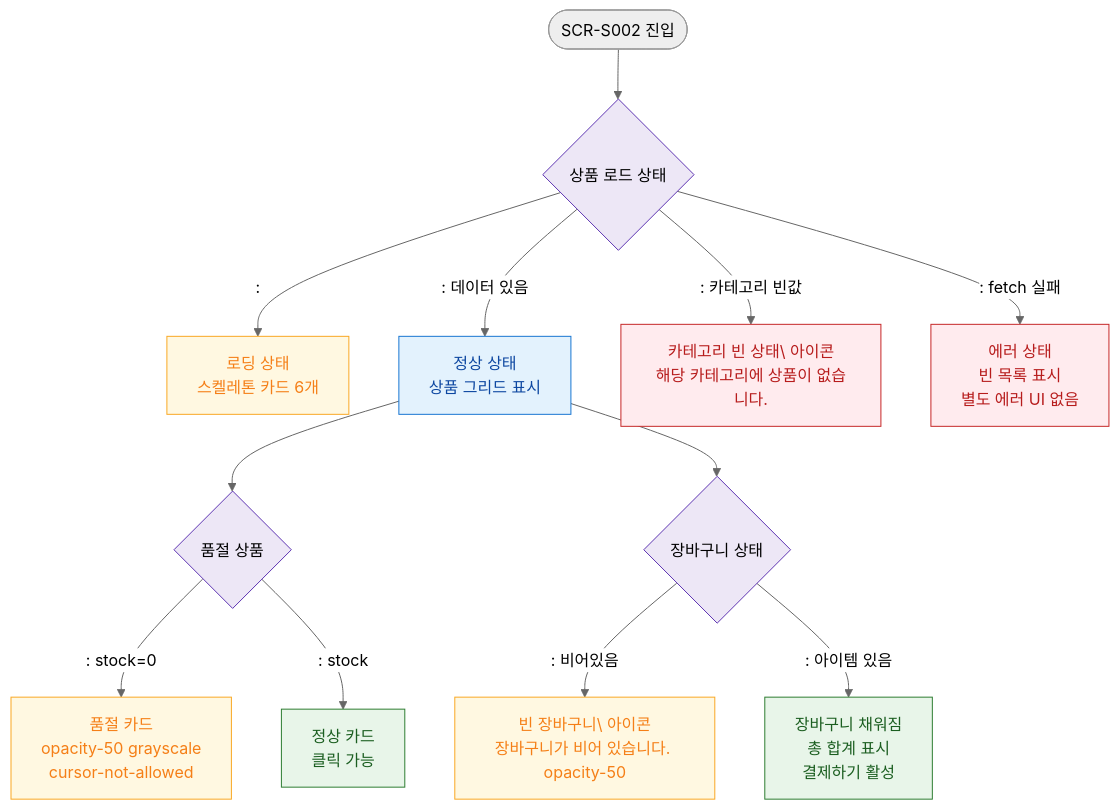
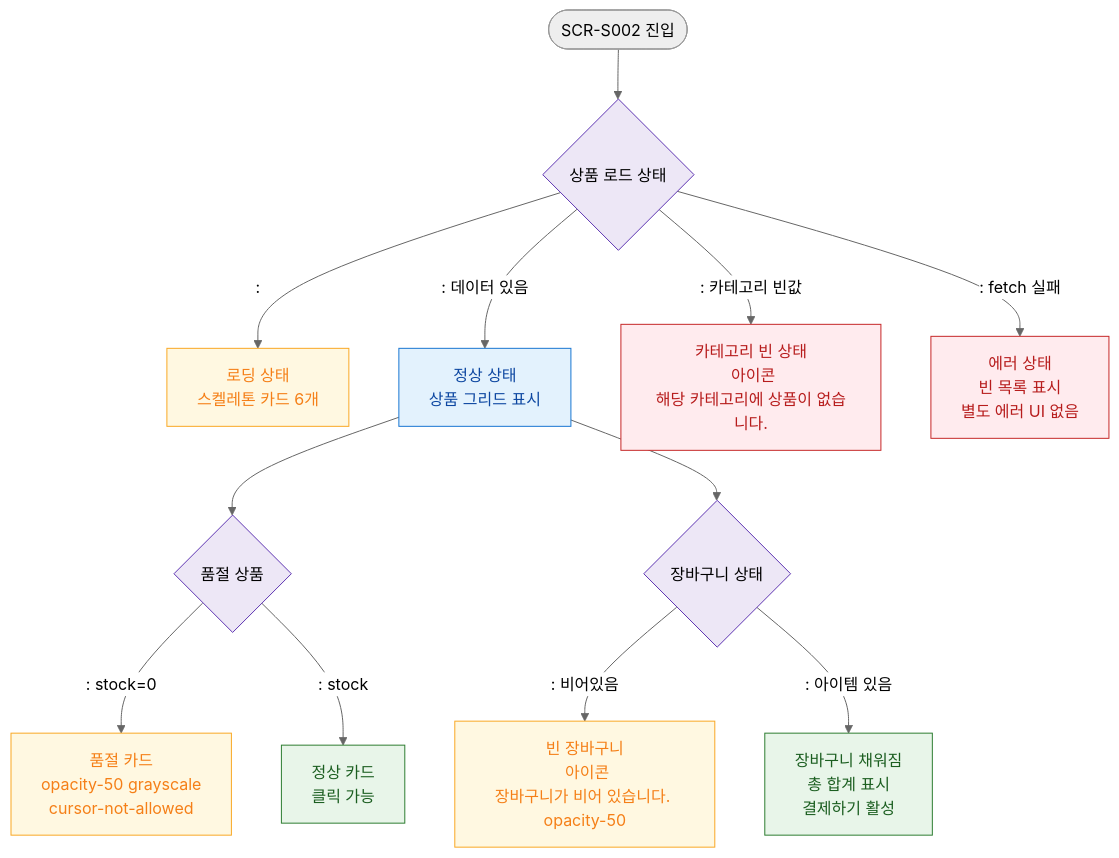
The diagram in docs/admin/다이어그램/D03_매출관리/SCR-S002_POS판매/F6_상태별.md (dev-spogym/admin-pando), drawn with Mermaid (neutral theme) before and after one commit. The commit also changed 369 other files, not shown here.

````diff
--- a/docs/admin/다이어그램/D03_매출관리/SCR-S002_POS판매/F6_상태별.md
+++ b/docs/admin/다이어그램/D03_매출관리/SCR-S002_POS판매/F6_상태별.md
@@ -18,29 +18,29 @@
 ```mermaid
 flowchart TD
     ENTRY([SCR-S002 진입]) --> PROD_LOAD{상품 로드 상태}
 
     PROD_LOAD -->|": "|SKEL[로딩 상태\n스켈레톤 카드 6개]
     PROD_LOAD -->|": 데이터 있음"|NORMAL[정상 상태\n상품 그리드 표시]
-    PROD_LOAD -->|": 카테고리 빈값"|CAT_EMPTY[카테고리 빈 상태\ 아이콘\n해당 카테고리에 상품이 없습니다.]
+    PROD_LOAD -->|": 카테고리 빈값"|CAT_EMPTY[카테고리 빈 상태<br/> 아이콘\n해당 카테고리에 상품이 없습니다.]
     PROD_LOAD -->|": fetch 실패"|ERR_STATE[에러 상태\n빈 목록 표시\n별도 에러 UI 없음]
 
     NORMAL --> SOLDOUT_STATE{품절 상품}
     SOLDOUT_STATE -->|": stock=0"|SOLDOUT_CARD[품절 카드\nopacity-50 grayscale\ncursor-not-allowed]
     SOLDOUT_STATE -->|": stock"|NORMAL_CARD[정상 카드\n클릭 가능]
 
     NORMAL --> CART_STATE{장바구니 상태}
-    CART_STATE -->|": 비어있음"|EMPTY_CART[빈 장바구니\ 아이콘\n장바구니가 비어 있습니다. opacity-50]
+    CART_STATE -->|": 비어있음"|EMPTY_CART[빈 장바구니<br/> 아이콘\n장바구니가 비어 있습니다. opacity-50]
     CART_STATE -->|": 아이템 있음"|CART_FILLED[장바구니 채워짐\n총 합계 표시\n결제하기 활성]
 
     classDef screen fill:#E3F2FD,stroke:#1976D2,color:#0D47A1
     classDef error fill:#FFEBEE,stroke:#C62828,color:#B71C1C
     classDef warning fill:#FFF8E1,stroke:#F9A825,color:#F57F17
     classDef system fill:#EDE7F6,stroke:#5E35B2
     classDef success fill:#E8F5E9,stroke:#2E7D32,color:#1B5E20
 
     class NORMAL screen
     class ERR_STATE,CAT_EMPTY error
     class SKEL,SOLDOUT_CARD,EMPTY_CART warning
     class PROD_LOAD,SOLDOUT_STATE,CART_STATE system
     class CART_FILLED,NORMAL_CARD success
 ```
````
